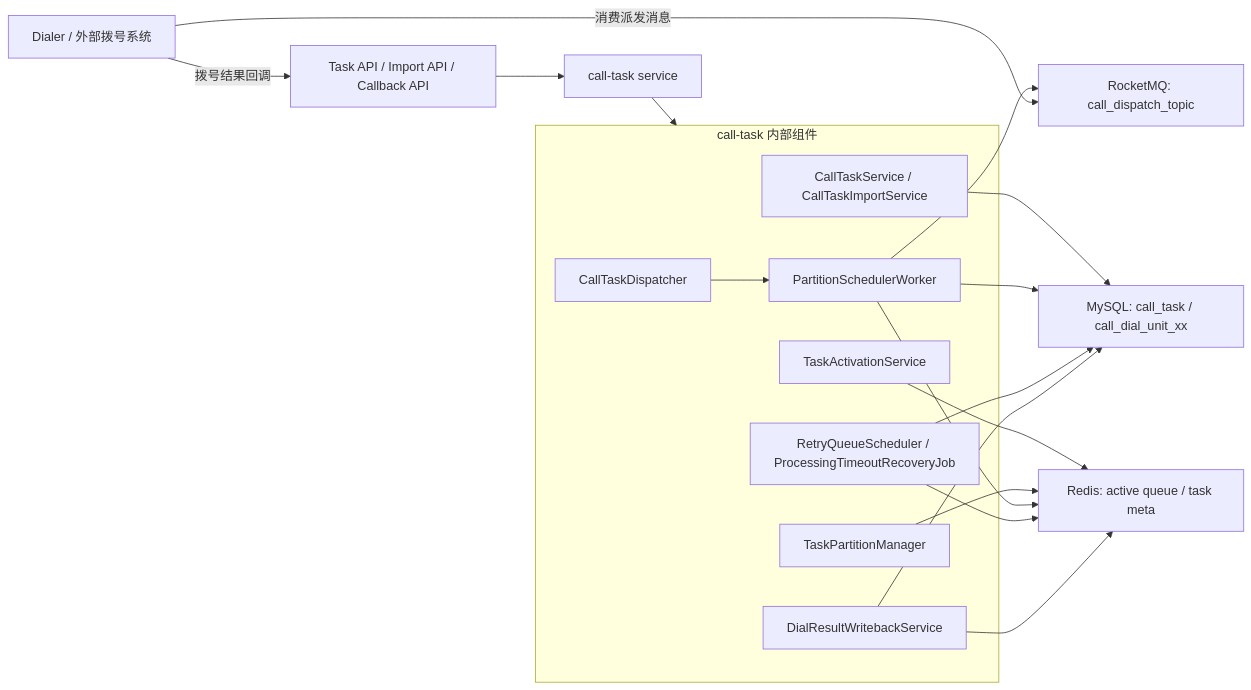
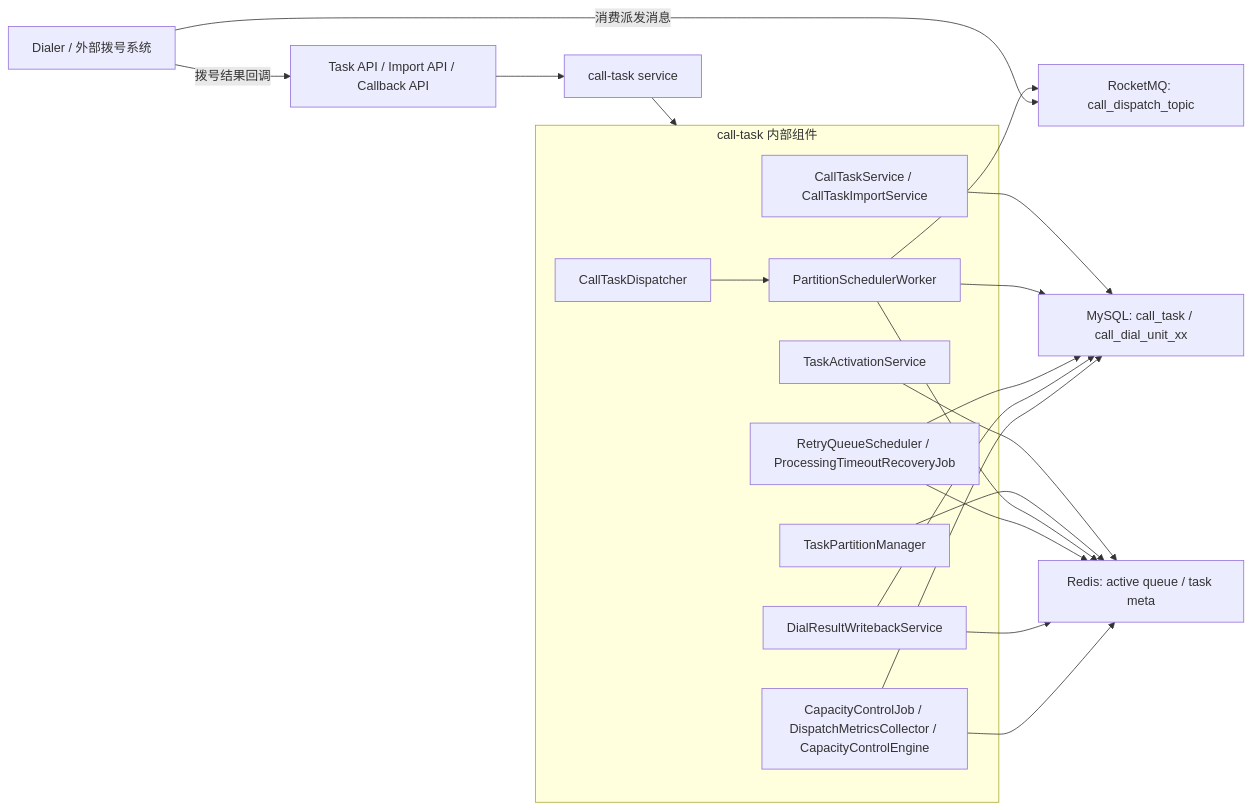
The first of 4 diagrams in docs/call-task-number-scheduling-architecture.md (foxgo/call), drawn with Mermaid before and after one commit. The commit also changed other lines of this file and 36 other files, not shown here.

````diff
--- a/docs/call-task-number-scheduling-architecture.md
+++ b/docs/call-task-number-scheduling-architecture.md
@@ -201,30 +226,33 @@
 ```mermaid
 flowchart LR
     A["Task API / Import API / Callback API"] --> B["call-task service"]
 
     subgraph B1["call-task 内部组件"]
         B2["CallTaskService / CallTaskImportService"]
         B3["TaskActivationService"]
         B4["TaskPartitionManager"]
         B5["CallTaskDispatcher"]
         B6["PartitionSchedulerWorker"]
         B7["RetryQueueScheduler / ProcessingTimeoutRecoveryJob"]
         B8["DialResultWritebackService"]
+        B9["CapacityControlJob / DispatchMetricsCollector / CapacityControlEngine"]
     end
 
     B --> B1
     B2 --> C["MySQL: call_task / call_dial_unit_xx"]
     B3 --> D["Redis: active queue / task meta"]
     B4 --> D
     B5 --> B6
     B6 --> D
     B6 --> C
     B6 --> E["RocketMQ: call_dispatch_topic"]
     B7 --> D
     B7 --> C
     B8 --> C
     B8 --> D
+    B9 --> D
+    B9 --> C
 
     F["Dialer / 外部拨号系统"] -->|消费派发消息| E
     F -->|拨号结果回调| A
 ```
````
